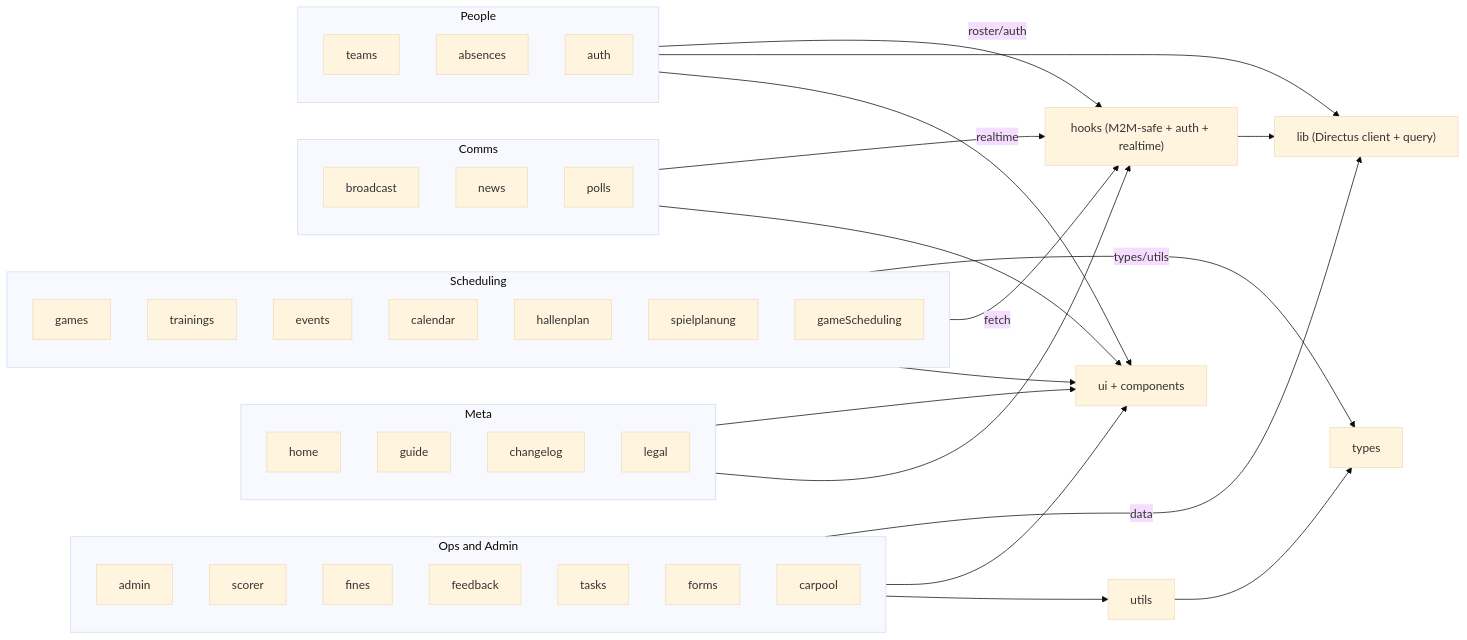
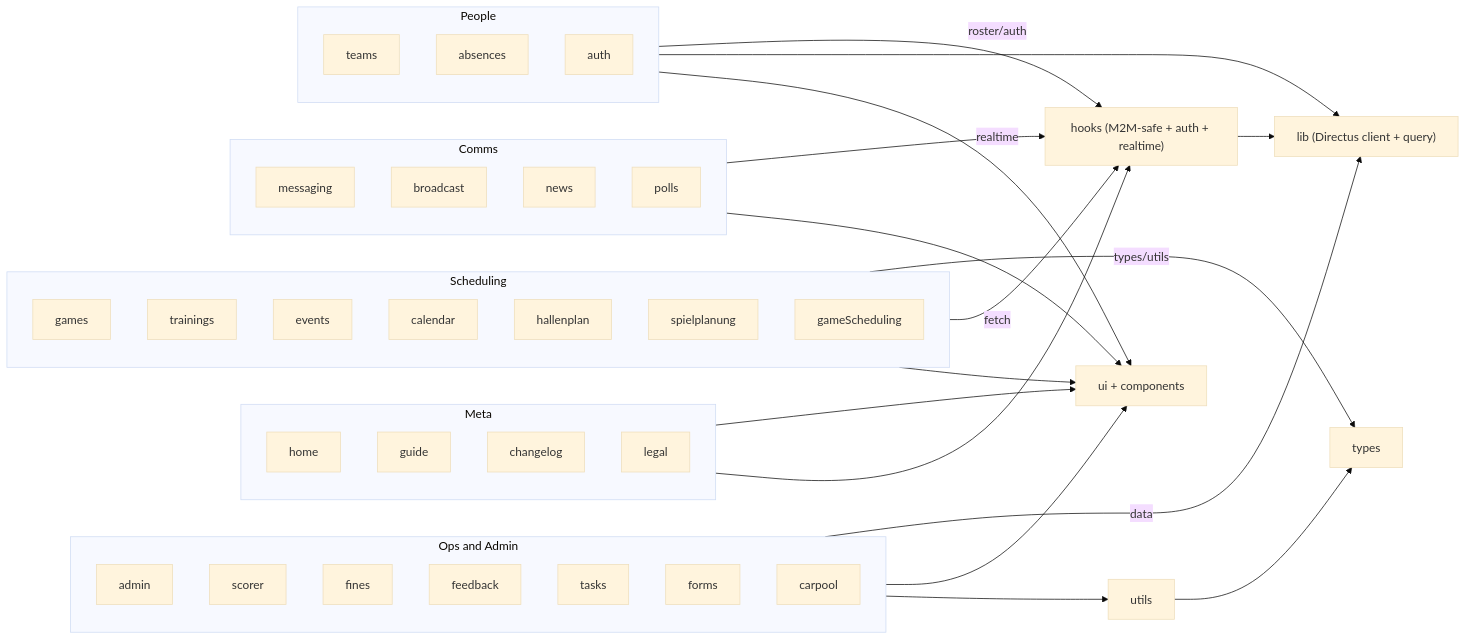
Before and after one commit to KSC-Wiedikon/wiedisync: the second of 2 diagrams in docs/code-graph/layer2-features.md, drawn with Mermaid (base theme). The commit also changed other lines of this file and 163 other files, not shown here.

````diff
--- a/docs/code-graph/layer2-features.md
+++ b/docs/code-graph/layer2-features.md
@@ -77,59 +80,60 @@
 ```mermaid
 graph LR
   subgraph Scheduling
     games["games"]
     trainings["trainings"]
     events["events"]
     calendar["calendar"]
     hallenplan["hallenplan"]
     spielplanung["spielplanung"]
     gameScheduling["gameScheduling"]
   end
   subgraph People
     teams["teams"]
     absences["absences"]
     auth["auth"]
   end
   subgraph Comms
+    messaging["messaging"]
     broadcast["broadcast"]
     news["news"]
     polls["polls"]
   end
   subgraph OpsAdmin["Ops and Admin"]
     admin["admin"]
     scorer["scorer"]
     fines["fines"]
     feedback["feedback"]
     tasks["tasks"]
     forms["forms"]
     carpool["carpool"]
   end
   subgraph Meta
     home["home"]
     guide["guide"]
     changelog["changelog"]
     legal["legal"]
   end
 
   lib["lib (Directus client + query)"]
   hooks["hooks (M2M-safe + auth + realtime)"]
   utils["utils"]
   types["types"]
   ui["ui + components"]
 
   Scheduling -->|types/utils| types
   Scheduling -->|fetch| hooks
   Scheduling --> ui
   People -->|roster/auth| hooks
   People --> lib
   People --> ui
   Comms -->|realtime| hooks
   Comms --> ui
   OpsAdmin -->|data| lib
   OpsAdmin --> ui
   OpsAdmin --> utils
   Meta --> ui
   Meta --> hooks
   hooks --> lib
   utils --> types
 ```
````
